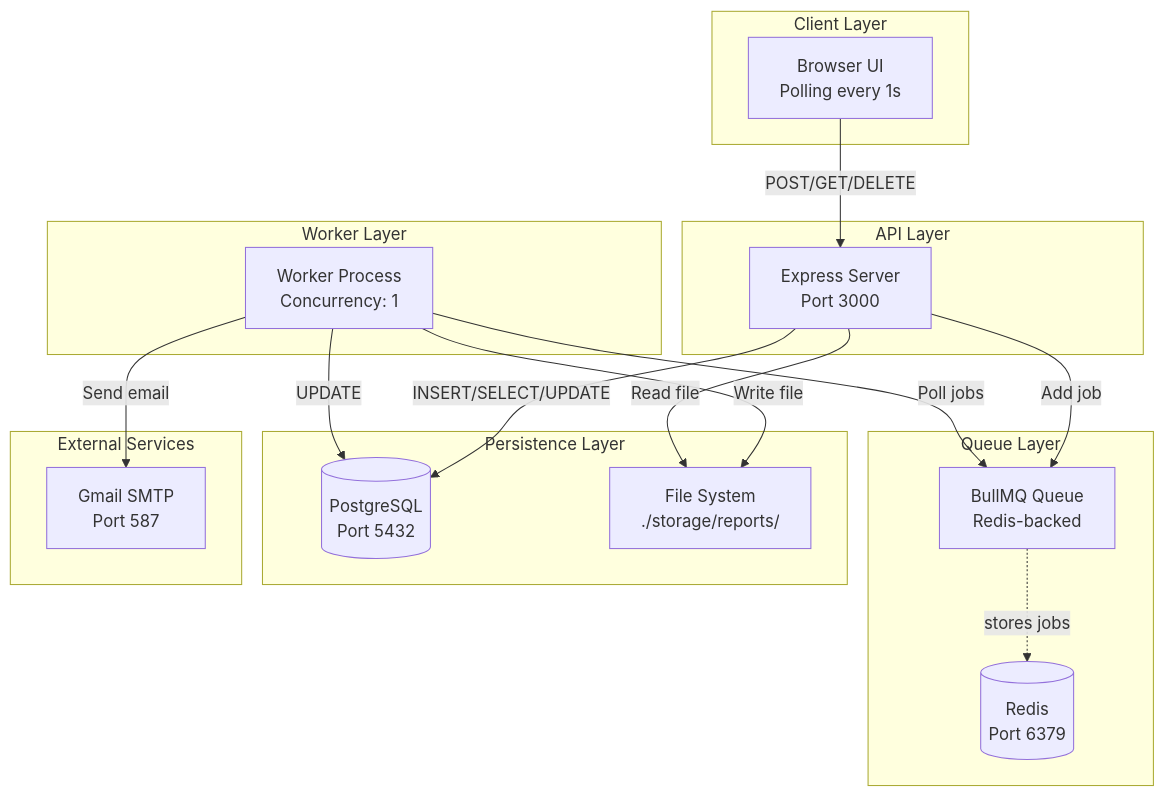
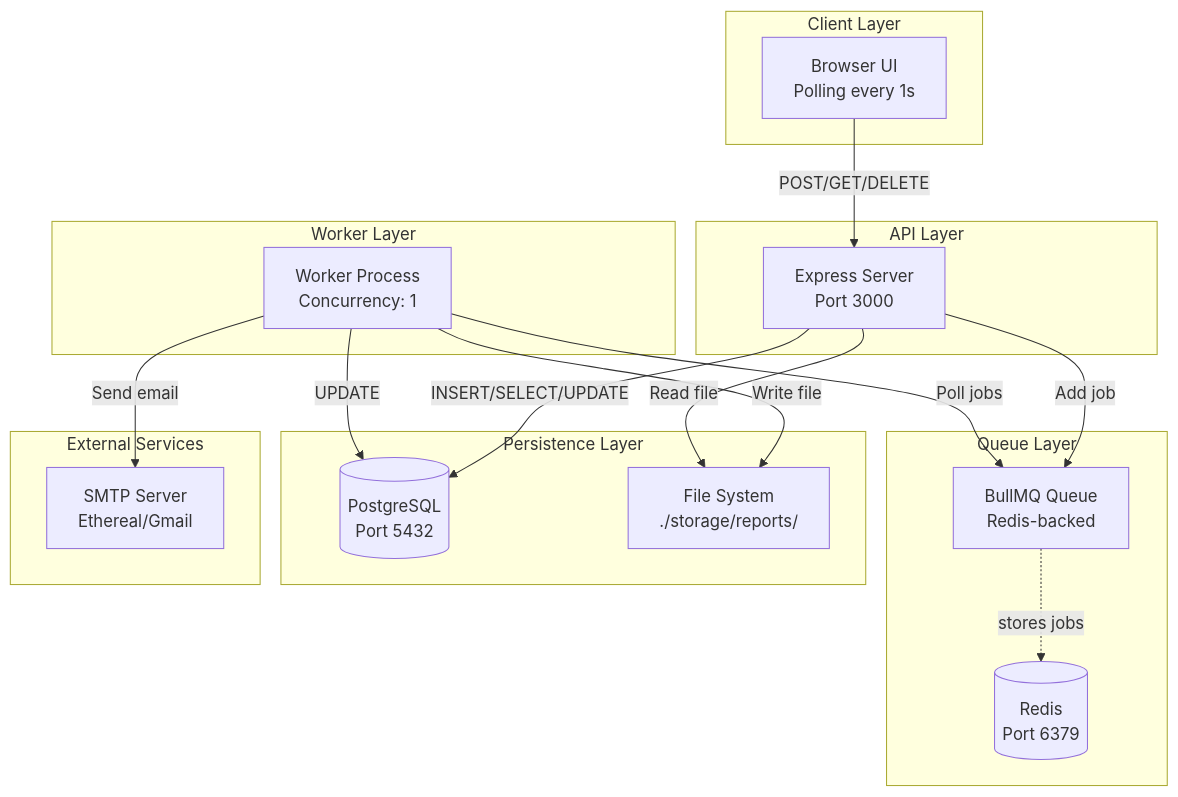
The second of 4 diagrams in README.md (berTrindade/bullmq-report-generator), drawn with Mermaid before and after one commit. The commit also changed other lines of this file and 1 other file, not shown here.

Commit message:
fix: update email configuration in .env.example and README for testing with Ethereal

````diff
--- a/README.md
+++ b/README.md
@@ -108,38 +105,38 @@
 ```mermaid
 graph TB
     subgraph Client["Client Layer"]
         UI[Browser UI<br/>Polling every 1s]
     end
     
     subgraph API["API Layer"]
         Express[Express Server<br/>Port 3000]
     end
     
     subgraph Queue["Queue Layer"]
         BullMQ[BullMQ Queue<br/>Redis-backed]
         Redis[(Redis<br/>Port 6379)]
     end
     
     subgraph Worker["Worker Layer"]
         WorkerProc[Worker Process<br/>Concurrency: 1]
     end
     
     subgraph Data["Persistence Layer"]
         DB[(PostgreSQL<br/>Port 5432)]
         FS[File System<br/>./storage/reports/]
     end
     
     subgraph External["External Services"]
-        SMTP[Gmail SMTP<br/>Port 587]
+        SMTP[SMTP Server<br/>Ethereal/Gmail]
     end
     
     UI -->|POST/GET/DELETE| Express
     Express -->|INSERT/SELECT/UPDATE| DB
     Express -->|Add job| BullMQ
     BullMQ -.->|stores jobs| Redis
     WorkerProc -->|Poll jobs| BullMQ
     WorkerProc -->|UPDATE| DB
     WorkerProc -->|Write file| FS
     WorkerProc -->|Send email| SMTP
     Express -->|Read file| FS
 ```
````
